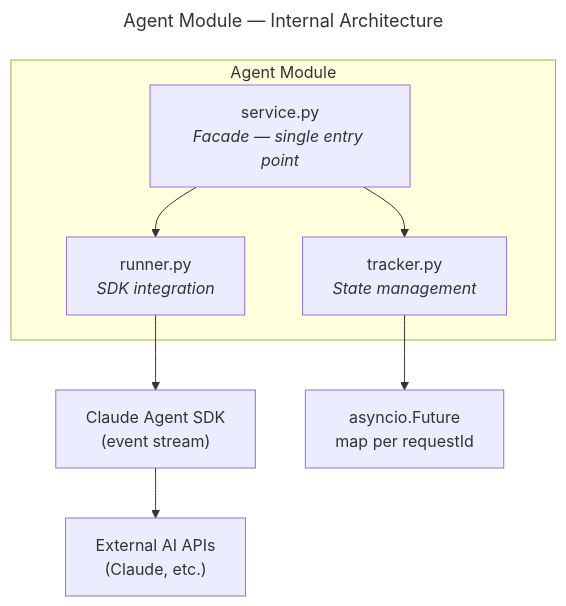
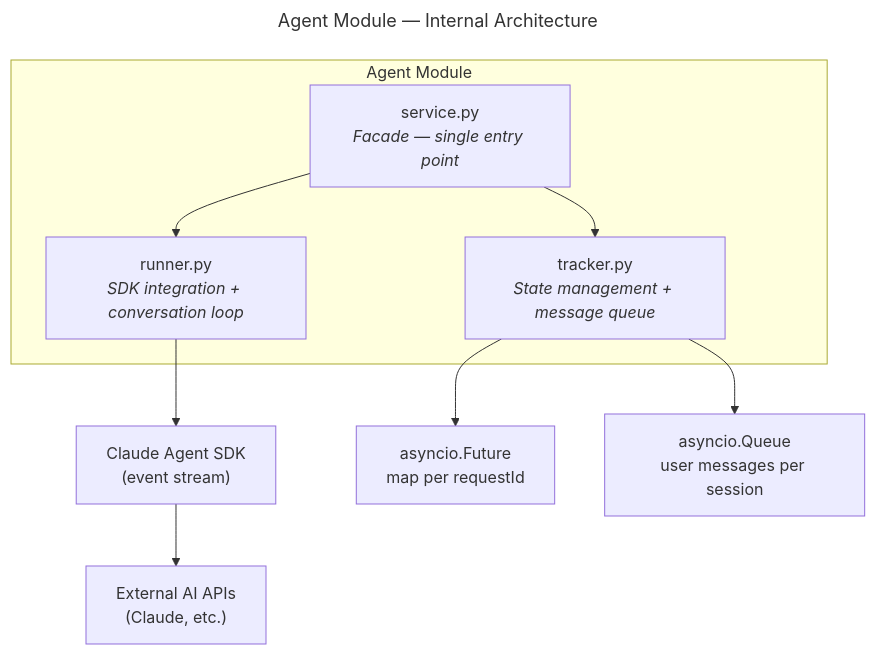
The diagram in backend/app/agent/README.md (JetBrains/thinkrail), drawn with Mermaid before and after one commit. The commit also changed other lines of this file and 10 other files, not shown here.

````diff
--- a/backend/app/agent/README.md
+++ b/backend/app/agent/README.md
@@ -23,20 +107,22 @@
 ```mermaid
 ---
 title: Agent Module — Internal Architecture
 ---
 graph TD
     subgraph AgentModule["Agent Module"]
         Service["service.py<br/><i>Facade — single entry point</i>"]
-        Runner["runner.py<br/><i>SDK integration</i>"]
-        Tracker["tracker.py<br/><i>State management</i>"]
+        Runner["runner.py<br/><i>SDK integration + conversation loop</i>"]
+        Tracker["tracker.py<br/><i>State management + message queue</i>"]
     end
 
     SDK["Claude Agent SDK<br/>(event stream)"]
     AI["External AI APIs<br/>(Claude, etc.)"]
     Futures["asyncio.Future<br/>map per requestId"]
+    Queue["asyncio.Queue<br/>user messages per session"]
 
     Service --> Runner
     Service --> Tracker
     Runner --> SDK --> AI
     Tracker --> Futures
+    Tracker --> Queue
 ```
````
